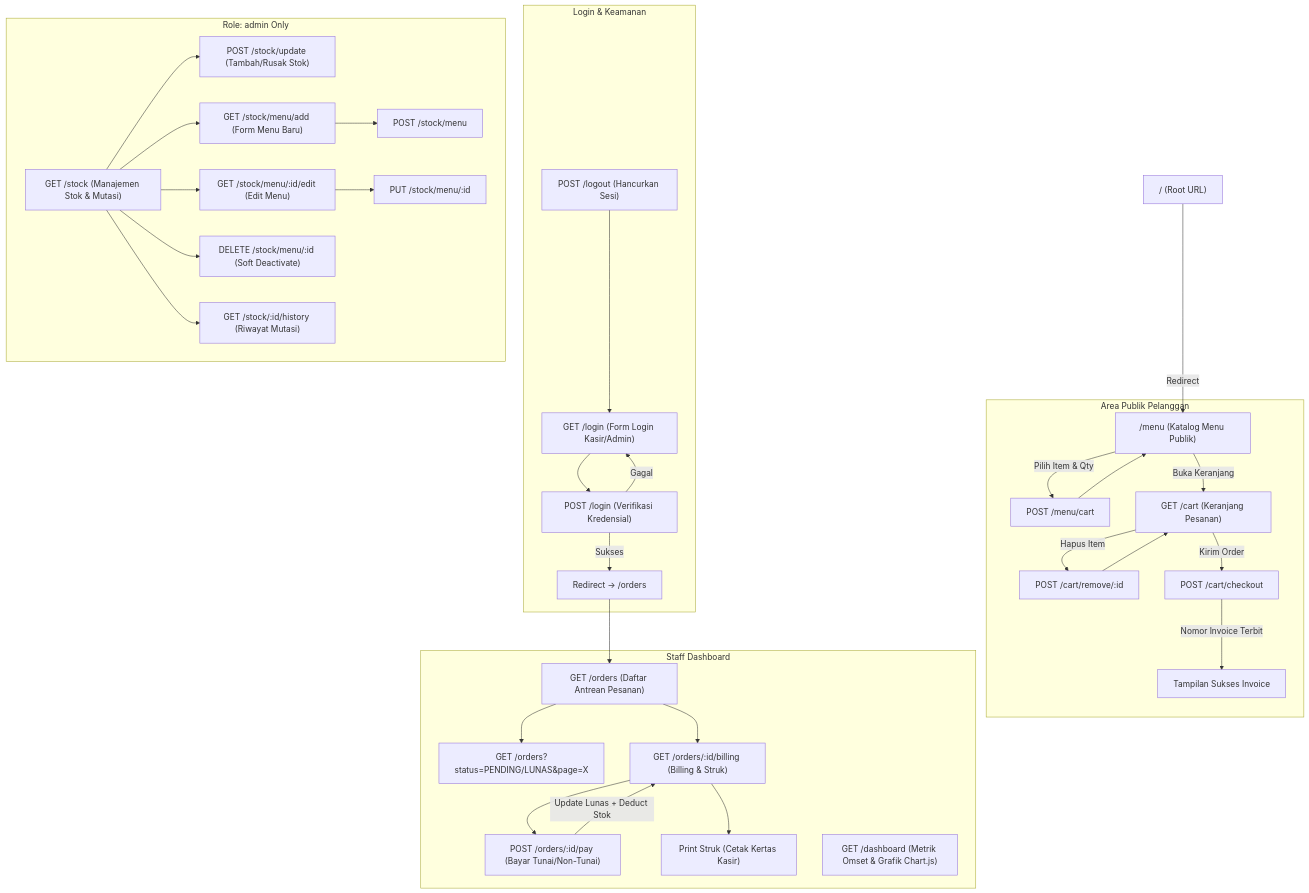
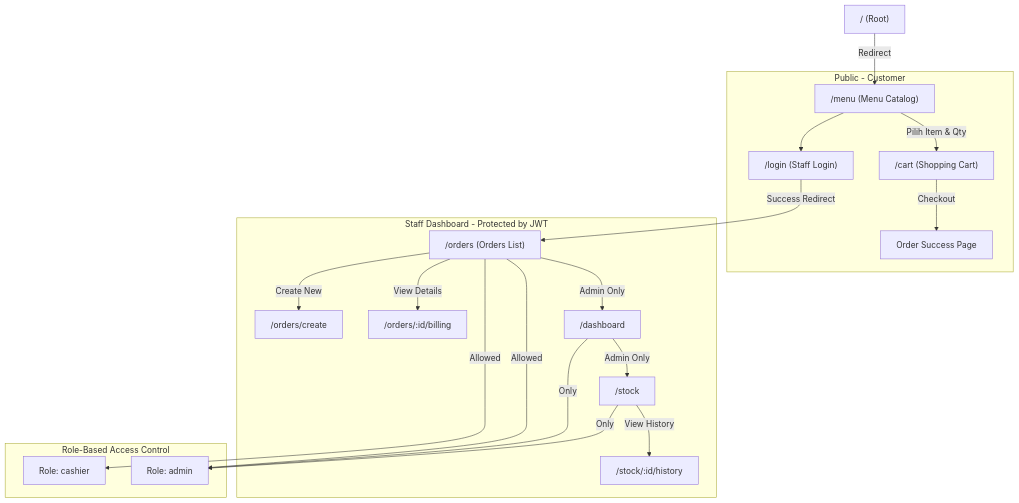
One commit to Fadhil04/dapur-ina-aina changed the first of 3 diagrams in RANGKUMAN_PROJEK.md. Above: the diagram before and after it, drawn with Mermaid. The commit also changed other lines of this file and 1 other file, not shown here.

````diff
--- a/RANGKUMAN_PROJEK.md
+++ b/RANGKUMAN_PROJEK.md
@@ -140,46 +174,26 @@
 ```mermaid
 graph TD
-    Root["/ (Root URL)"] -->|Redirect| Menu["/menu (Katalog Menu Publik)"]
+    Root["/ (Root)"] -->|Redirect| Menu["/menu (Menu Catalog)"]
     
-    subgraph Alur Pelanggan [Area Publik Pelanggan]
-        Menu -->|Pilih Item & Qty| AddCart["POST /menu/cart"]
-        AddCart --> Menu
-        Menu -->|Buka Keranjang| Cart["GET /cart (Keranjang Pesanan)"]
-        Cart -->|Hapus Item| RemoveCart["POST /cart/remove/:id"]
-        RemoveCart --> Cart
-        Cart -->|Kirim Order| Checkout["POST /cart/checkout"]
-        Checkout -->|Nomor Invoice Terbit| CartSuccess["Tampilan Sukses Invoice"]
+    subgraph Public Area [Public - Customer]
+        Menu -->|Pilih Item & Qty| Cart["/cart (Shopping Cart)"]
+        Cart -->|Checkout| OrderSuccess["Order Success Page"]
+        Menu --> Login["/login (Staff Login)"]
     end
-
-    subgraph Alur Autentikasi [Login & Keamanan]
-        Login["GET /login (Form Login Kasir/Admin)"]
-        SubmitLogin["POST /login (Verifikasi Kredensial)"]
-        Logout["POST /logout (Hancurkan Sesi)"]
-        Login --> SubmitLogin
-        SubmitLogin -->|Sukses| OrdersNav["Redirect -> /orders"]
-        SubmitLogin -->|Gagal| Login
-        Logout --> Login
+    
+    subgraph Protected Area [Staff Dashboard - Protected by JWT]
+        Login -->|Success Redirect| Orders["/orders (Orders List)"]
+        Orders -->|Create New| CreateOrder["/orders/create"]
+        Orders -->|View Details| Billing["/orders/:id/billing"]
+        Orders -->|Admin Only| Dashboard["/dashboard"]
+        Dashboard -->|Admin Only| Stock["/stock"]
+        Stock -->|View History| StockHistory["/stock/:id/history"]
     end
-
-    subgraph Area Kasir & Admin [Staff Dashboard]
-        OrdersNav --> OrdersList["GET /orders (Daftar Antrean Pesanan)"]
-        OrdersList --> FilterOrder["GET /orders?status=PENDING/LUNAS&page=X"]
-        OrdersList --> Billing["GET /orders/:id/billing (Billing & Struk)"]
-        Billing --> ProcessPay["POST /orders/:id/pay (Bayar Tunai/Non-Tunai)"]
-        ProcessPay -->|Update Lunas + Deduct Stok| Billing
-        Billing --> PrintReceipt["Print Struk (Cetak Kertas Kasir)"]
-        
-        Dashboard["GET /dashboard (Metrik Omset & Grafik Chart.js)"]
-    end
-
-    subgraph Area Khusus Administrator [Role: admin Only]
-        Stock["GET /stock (Manajemen Stok & Mutasi)"]
-        Stock --> AddStock["POST /stock/update (Tambah/Rusak Stok)"]
-        Stock --> AddMenuForm["GET /stock/menu/add (Form Menu Baru)"]
-        AddMenuForm --> CreateMenu["POST /stock/menu"]
-        Stock --> EditMenuForm["GET /stock/menu/:id/edit (Edit Menu)"]
-        EditMenuForm --> UpdateMenu["PUT /stock/menu/:id"]
-        Stock --> DeleteMenu["DELETE /stock/menu/:id (Soft Deactivate)"]
-        Stock --> HistoryStock["GET /stock/:id/history (Riwayat Mutasi)"]
+    
+    subgraph RBAC Protection [Role-Based Access Control]
+        Orders -- Allowed --> Kasir["Role: cashier"]
+        Orders -- Allowed --> Admin["Role: admin"]
+        Dashboard -- Only --> Admin
+        Stock -- Only --> Admin
     end
 ```
````
